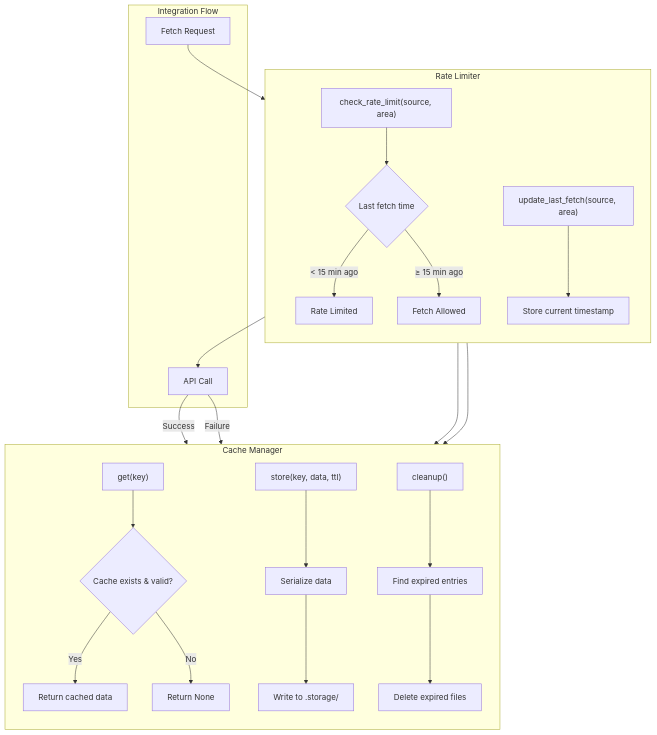
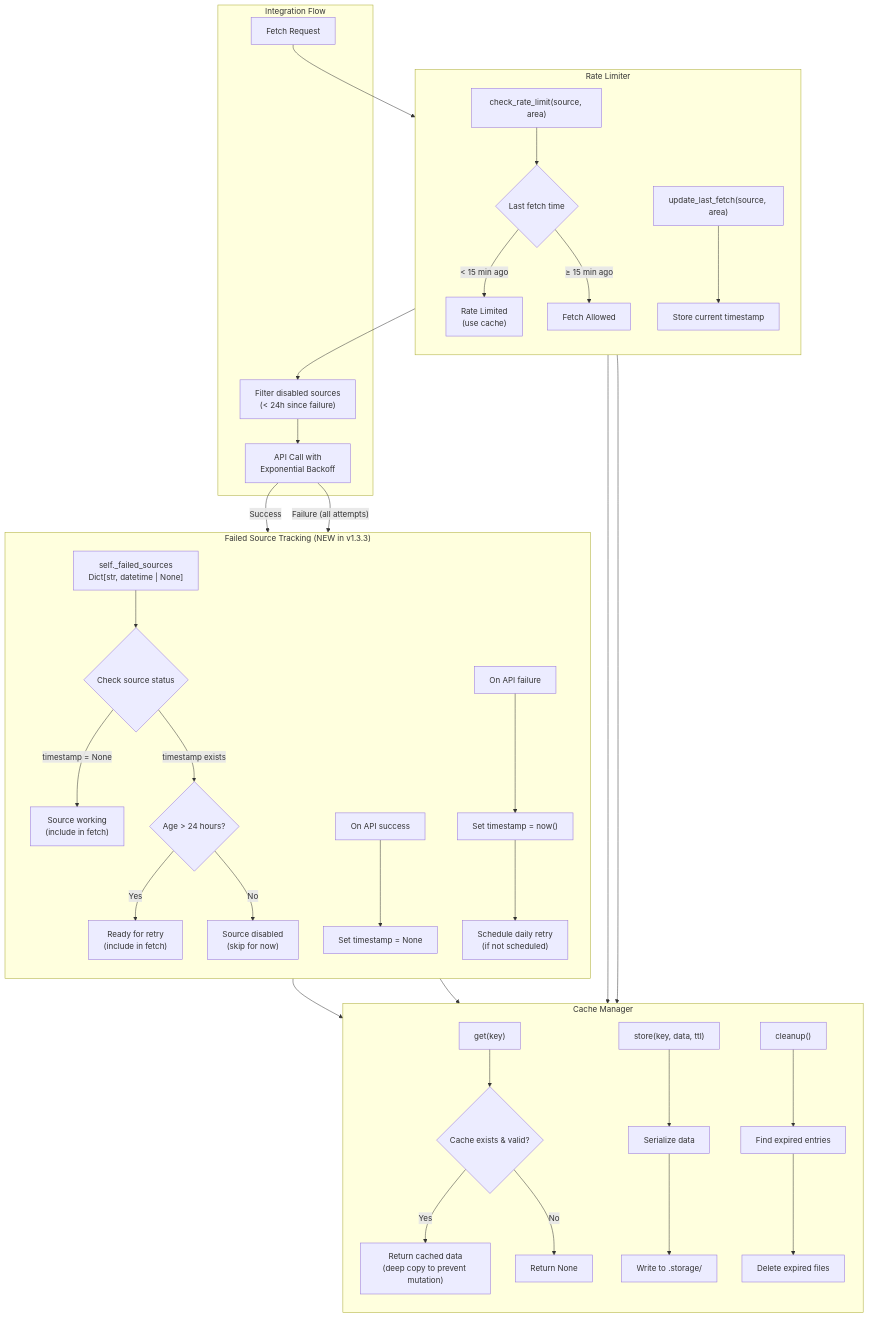
Before and after one commit to enoch85/ge-spot: the third of 4 diagrams in README.md, drawn with Mermaid. The commit also changed other lines of this file and 1 other file, not shown here.

First line of the commit message:
Update README Mermaid diagrams for v1.3.3 architecture + fix duplicate timezone service

````diff
--- a/README.md
+++ b/README.md
@@ -555,33 +594,49 @@
 ```mermaid
 flowchart TD
     subgraph CacheManager["Cache Manager"]
         direction TB
         CacheGet["get(key)"] --> CacheCheck{"Cache exists & valid?"}
-        CacheCheck --> |"Yes"| CacheHit["Return cached data"]
+        CacheCheck --> |"Yes"| CacheHit["Return cached data<br/>(deep copy to prevent mutation)"]
         CacheCheck --> |"No"| CacheMiss["Return None"]
         
         CacheStore["store(key, data, ttl)"] --> Serialize["Serialize data"]
         Serialize --> WriteFile["Write to .storage/"]
         
         CacheCleanup["cleanup()"] --> FindExpired["Find expired entries"]
         FindExpired --> DeleteExpired["Delete expired files"]
     end
     
     subgraph RateLimiter["Rate Limiter"]
         direction TB
         RLCheck["check_rate_limit(source, area)"] --> LastFetch{"Last fetch time"}
-        LastFetch --> |"< 15 min ago"| Blocked["Rate Limited"]
+        LastFetch --> |"< 15 min ago"| Blocked["Rate Limited<br/>(use cache)"]
         LastFetch --> |"≥ 15 min ago"| Allowed["Fetch Allowed"]
         
         RLUpdate["update_last_fetch(source, area)"] --> StoreTime["Store current timestamp"]
     end
     
+    subgraph FailedSourceTracking["Failed Source Tracking (NEW in v1.3.3)"]
+        direction TB
+        FailedDict["self._failed_sources<br/>Dict[str, datetime | None]"] --> CheckStatus{"Check source status"}
+        CheckStatus --> |"timestamp = None"| SourceOK["Source working<br/>(include in fetch)"]
+        CheckStatus --> |"timestamp exists"| CheckAge{"Age > 24 hours?"}
+        CheckAge --> |"Yes"| SourceReady["Ready for retry<br/>(include in fetch)"]
+        CheckAge --> |"No"| SourceDisabled["Source disabled<br/>(skip for now)"]
+        
+        OnSuccess["On API success"] --> ClearTimestamp["Set timestamp = None"]
+        OnFailure["On API failure"] --> SetTimestamp["Set timestamp = now()"]
+        SetTimestamp --> ScheduleDailyRetry["Schedule daily retry<br/>(if not scheduled)"]
+    end
+    
     subgraph Integration["Integration Flow"]
         FetchRequest["Fetch Request"] --> RLCheck
         Blocked --> CacheGet
-        Allowed --> APICall["API Call"]
-        APICall --> |"Success"| CacheStore
-        APICall --> |"Failure"| CacheGet
+        Allowed --> FilterDisabled["Filter disabled sources<br/>(< 24h since failure)"]
+        FilterDisabled --> APICall["API Call with<br/>Exponential Backoff"]
+        APICall --> |"Success"| OnSuccess
+        APICall --> |"Failure (all attempts)"| OnFailure
+        OnSuccess --> CacheStore
+        OnFailure --> CacheGet
         RLUpdate --> CacheStore
     end
 ```
````
